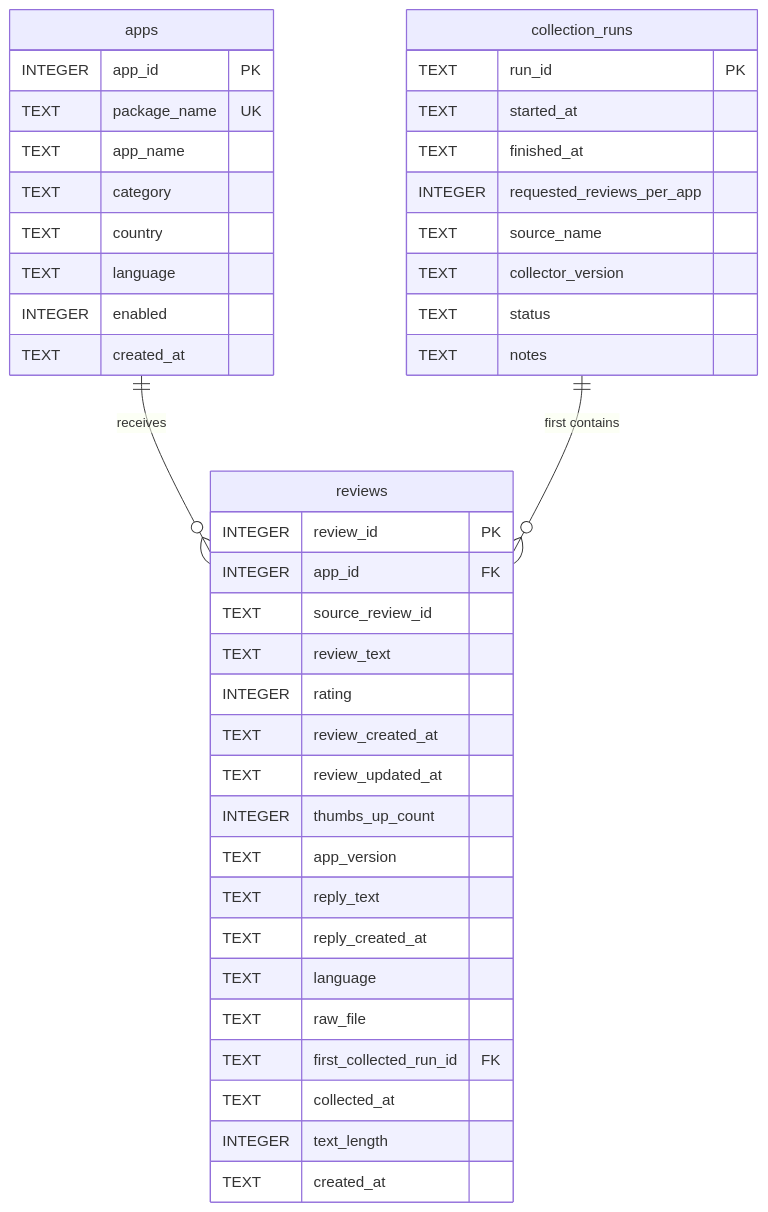
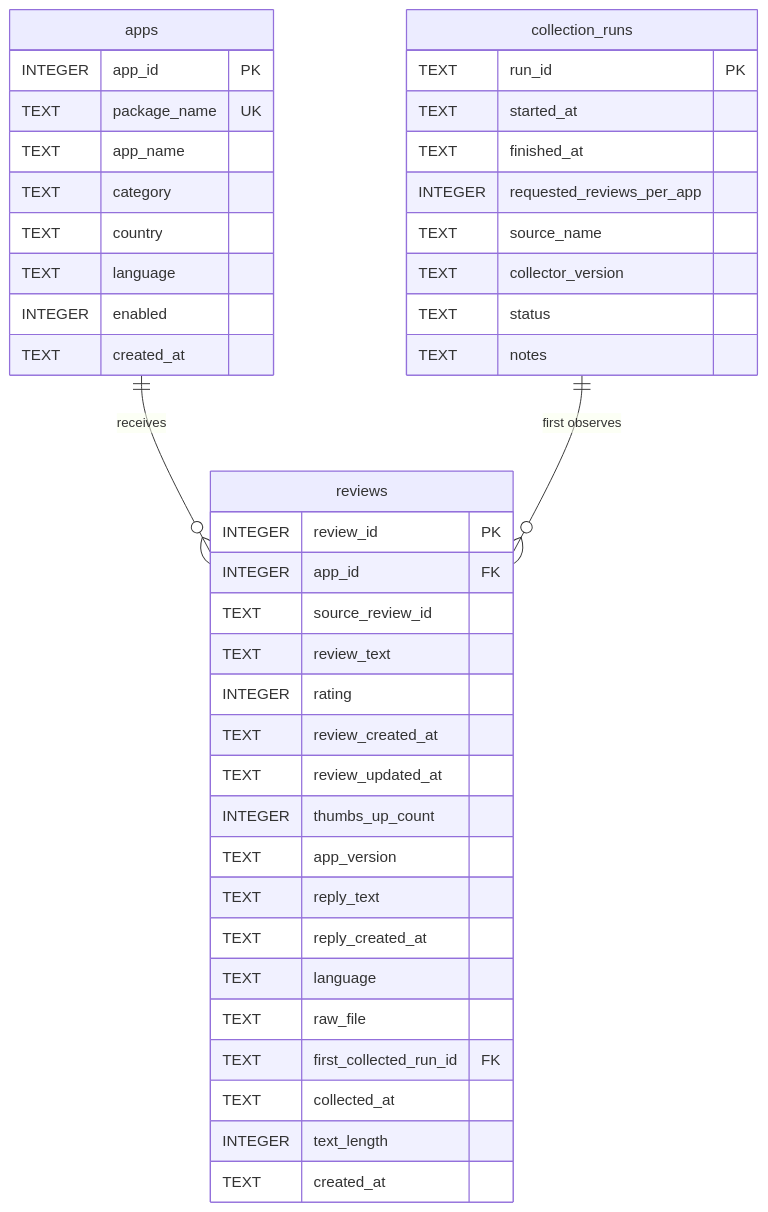
The diagram in docs/DATABASE_SCHEMA.md (yahu-0289/data-ingestion-system-phase1), drawn with Mermaid before and after one commit. The commit also changed other lines of this file and 8 other files, not shown here.

````diff
--- a/docs/DATABASE_SCHEMA.md
+++ b/docs/DATABASE_SCHEMA.md
@@ -15,45 +15,45 @@
 ```mermaid
 erDiagram
     apps ||--o{ reviews : "receives"
-    collection_runs ||--o{ reviews : "first contains"
+    collection_runs ||--o{ reviews : "first observes"
 
     apps {
         INTEGER app_id PK
         TEXT package_name UK
         TEXT app_name
         TEXT category
         TEXT country
         TEXT language
         INTEGER enabled
         TEXT created_at
     }
     collection_runs {
         TEXT run_id PK
         TEXT started_at
         TEXT finished_at
         INTEGER requested_reviews_per_app
         TEXT source_name
         TEXT collector_version
         TEXT status
         TEXT notes
     }
     reviews {
         INTEGER review_id PK
         INTEGER app_id FK
         TEXT source_review_id
         TEXT review_text
         INTEGER rating
         TEXT review_created_at
         TEXT review_updated_at
         INTEGER thumbs_up_count
         TEXT app_version
         TEXT reply_text
         TEXT reply_created_at
         TEXT language
         TEXT raw_file
         TEXT first_collected_run_id FK
         TEXT collected_at
         INTEGER text_length
         TEXT created_at
     }
 ```
````
